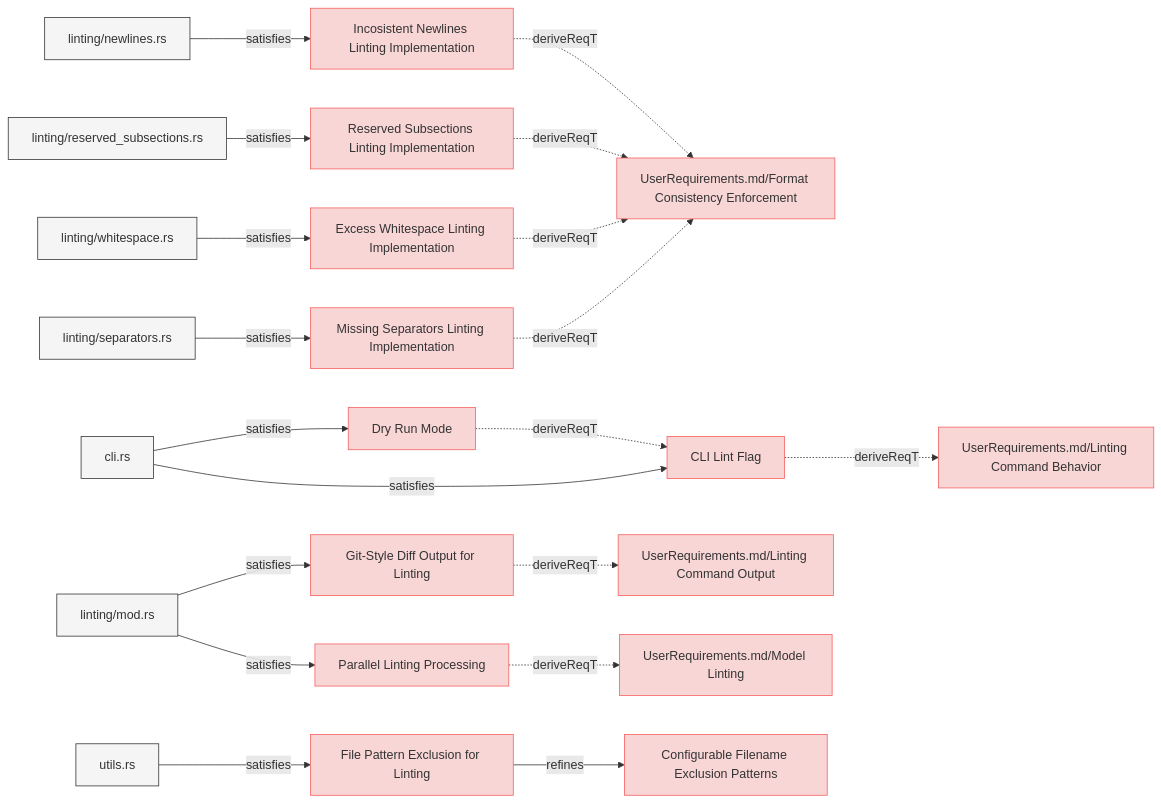
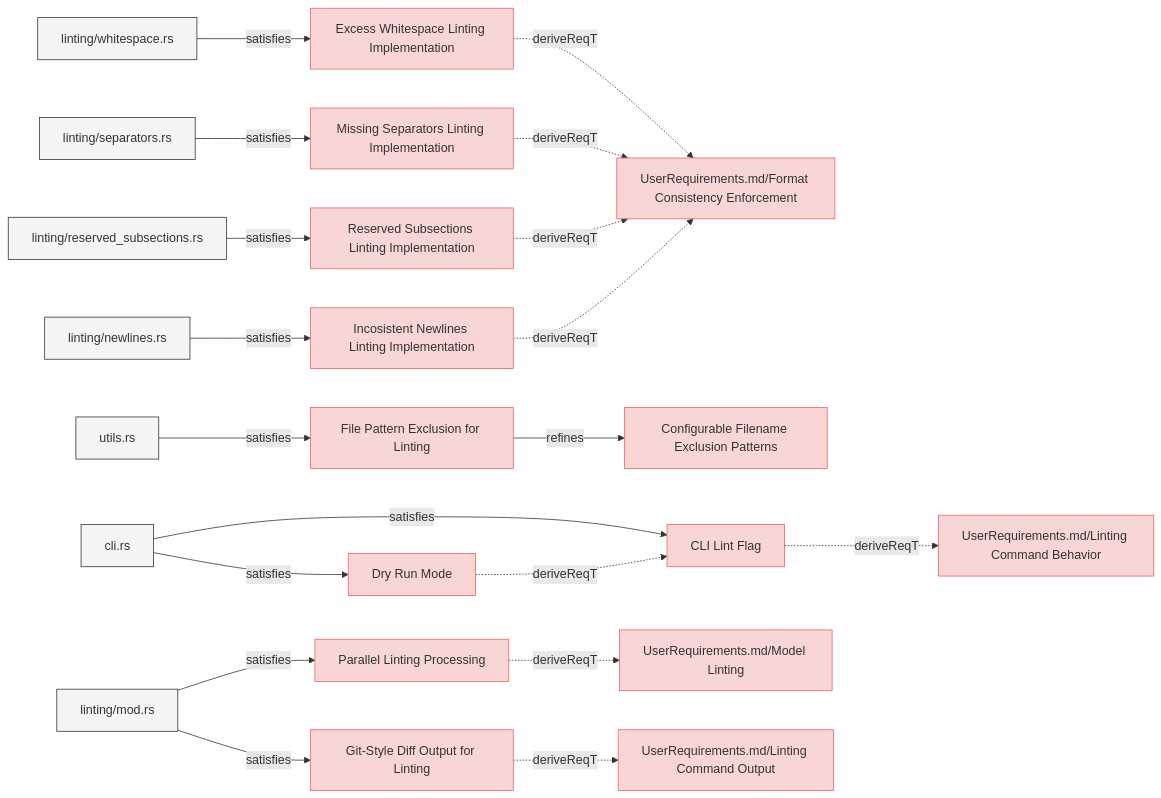
Before and after one commit to reqvire-org/reqvire: the first of 8 diagrams in specifications/SystemRequirements/Requirements.md, drawn with Mermaid. The commit also changed other lines of this file and 56 other files, not shown here.

````diff
--- a/specifications/SystemRequirements/Requirements.md
+++ b/specifications/SystemRequirements/Requirements.md
@@ -9,85 +9,85 @@
   classDef externalLink fill:#d0e0ff,stroke:#3080ff,stroke-width:1px;
   classDef default fill:#f5f5f5,stroke:#333333,stroke-width:1px;
 
-  f98ae394dbbde42c["Incosistent Newlines Linting Implementation"];
-  click f98ae394dbbde42c "https://github.com/ilijaljubicic/ReqFlow/blob/a94231473c9a4a56fe21608ebd13787e0cc3f2dc/specifications/SystemRequirements/Requirements.md#incosistent-newlines-linting-implementation";
-  class f98ae394dbbde42c requirement;
+  3f3d3f9ccb15029a["Excess Whitespace Linting Implementation"];
+  click 3f3d3f9ccb15029a "https://github.com/ilijaljubicic/ReqFlow/blob/29a17f176519a28e973567d4102beb95f41075ed/specifications/SystemRequirements/Requirements.md#excess-whitespace-linting-implementation";
+  class 3f3d3f9ccb15029a requirement;
   81758bdb22a3329d["UserRequirements.md/Format Consistency Enforcement"];
   class 81758bdb22a3329d requirement;
-  click 81758bdb22a3329d "https://github.com/ilijaljubicic/ReqFlow/blob/a94231473c9a4a56fe21608ebd13787e0cc3f2dc/specifications/UserRequirements.md#format-consistency-enforcement";
-  f98ae394dbbde42c -.->|deriveReqT| 81758bdb22a3329d;
-  b52472a7ccc9c395["linting/newlines.rs"];
-  class b52472a7ccc9c395 default;
-  click b52472a7ccc9c395 "https://github.com/ilijaljubicic/ReqFlow/blob/a94231473c9a4a56fe21608ebd13787e0cc3f2dc/core/src/linting/newlines.rs";
-  b52472a7ccc9c395 -->|satisfies| f98ae394dbbde42c;
+  click 81758bdb22a3329d "https://github.com/ilijaljubicic/ReqFlow/blob/29a17f176519a28e973567d4102beb95f41075ed/specifications/UserRequirements.md#format-consistency-enforcement";
+  3f3d3f9ccb15029a -.->|deriveReqT| 81758bdb22a3329d;
+  bb06efd0b85636ec["linting/whitespace.rs"];
+  class bb06efd0b85636ec default;
+  click bb06efd0b85636ec "https://github.com/ilijaljubicic/ReqFlow/blob/29a17f176519a28e973567d4102beb95f41075ed/core/src/linting/whitespace.rs";
+  bb06efd0b85636ec -->|satisfies| 3f3d3f9ccb15029a;
+  45770e9b319d3819["File Pattern Exclusion for Linting"];
+  click 45770e9b319d3819 "https://github.com/ilijaljubicic/ReqFlow/blob/29a17f176519a28e973567d4102beb95f41075ed/specifications/SystemRequirements/Requirements.md#file-pattern-exclusion-for-linting";
+  class 45770e9b319d3819 requirement;
+  cc8128cae305b29d["Configurable Filename Exclusion Patterns"];
+  class cc8128cae305b29d requirement;
+  click cc8128cae305b29d "https://github.com/ilijaljubicic/ReqFlow/blob/29a17f176519a28e973567d4102beb95f41075ed/specifications/SystemRequirements/Requirements.md#configurable-filename-exclusion-patterns";
+  45770e9b319d3819 -->|refines| cc8128cae305b29d;
+  3189923c3f5e2124["utils.rs"];
+  class 3189923c3f5e2124 default;
+  click 3189923c3f5e2124 "https://github.com/ilijaljubicic/ReqFlow/blob/29a17f176519a28e973567d4102beb95f41075ed/core/src/utils.rs";
+  3189923c3f5e2124 -->|satisfies| 45770e9b319d3819;
+  fffbb227966be4f2["CLI Lint Flag"];
+  click fffbb227966be4f2 "https://github.com/ilijaljubicic/ReqFlow/blob/29a17f176519a28e973567d4102beb95f41075ed/specifications/SystemRequirements/Requirements.md#cli-lint-flag";
+  class fffbb227966be4f2 requirement;
+  887a7d36caacab2b["UserRequirements.md/Linting Command Behavior"];
+  class 887a7d36caacab2b requirement;
+  click 887a7d36caacab2b "https://github.com/ilijaljubicic/ReqFlow/blob/29a17f176519a28e973567d4102beb95f41075ed/specifications/UserRequirements.md#linting-command";
+  fffbb227966be4f2 -.->|deriveReqT| 887a7d36caacab2b;
+  11ffc4632afd7c4c["cli.rs"];
+  class 11ffc4632afd7c4c default;
+  click 11ffc4632afd7c4c "https://github.com/ilijaljubicic/ReqFlow/blob/29a17f176519a28e973567d4102beb95f41075ed/cli/src/cli.rs";
+  11ffc4632afd7c4c -->|satisfies| fffbb227966be4f2;
+  66aa36deca421516["Parallel Linting Processing"];
+  click 66aa36deca421516 "https://github.com/ilijaljubicic/ReqFlow/blob/29a17f176519a28e973567d4102beb95f41075ed/specifications/SystemRequirements/Requirements.md#parallel-linting-processing";
+  class 66aa36deca421516 requirement;
+  103ddb8dc3242215["UserRequirements.md/Model Linting"];
+  class 103ddb8dc3242215 requirement;
+  click 103ddb8dc3242215 "https://github.com/ilijaljubicic/ReqFlow/blob/29a17f176519a28e973567d4102beb95f41075ed/specifications/UserRequirements.md#model-linting";
+  66aa36deca421516 -.->|deriveReqT| 103ddb8dc3242215;
+  8b47697e4e9fce62["linting/mod.rs"];
+  class 8b47697e4e9fce62 default;
+  click 8b47697e4e9fce62 "https://github.com/ilijaljubicic/ReqFlow/blob/29a17f176519a28e973567d4102beb95f41075ed/core/src/linting/mod.rs";
+  8b47697e4e9fce62 -->|satisfies| 66aa36deca421516;
+  dd0846393d037337["Missing Separators Linting Implementation"];
+  click dd0846393d037337 "https://github.com/ilijaljubicic/ReqFlow/blob/29a17f176519a28e973567d4102beb95f41075ed/specifications/SystemRequirements/Requirements.md#missing-separators-linting-implementation";
+  class dd0846393d037337 requirement;
+  dd0846393d037337 -.->|deriveReqT| 81758bdb22a3329d;
+  9abe404e42ed3086["linting/separators.rs"];
+  class 9abe404e42ed3086 default;
+  click 9abe404e42ed3086 "https://github.com/ilijaljubicic/ReqFlow/blob/29a17f176519a28e973567d4102beb95f41075ed/core/src/linting/separators.rs";
+  9abe404e42ed3086 -->|satisfies| dd0846393d037337;
+  8f2198f681f63fea["Dry Run Mode"];
+  click 8f2198f681f63fea "https://github.com/ilijaljubicic/ReqFlow/blob/29a17f176519a28e973567d4102beb95f41075ed/specifications/SystemRequirements/Requirements.md#dry-run-mode";
+  class 8f2198f681f63fea requirement;
+  8f2198f681f63fea -.->|deriveReqT| fffbb227966be4f2;
+  11ffc4632afd7c4c -->|satisfies| 8f2198f681f63fea;
+  63f1cd4974cbf62["Git-Style Diff Output for Linting"];
+  click 63f1cd4974cbf62 "https://github.com/ilijaljubicic/ReqFlow/blob/29a17f176519a28e973567d4102beb95f41075ed/specifications/SystemRequirements/Requirements.md#git-style-diff-output-for-linting";
+  class 63f1cd4974cbf62 requirement;
+  808b1863c88b26c4["UserRequirements.md/Linting Command Output"];
+  class 808b1863c88b26c4 requirement;
+  click 808b1863c88b26c4 "https://github.com/ilijaljubicic/ReqFlow/blob/29a17f176519a28e973567d4102beb95f41075ed/specifications/UserRequirements.md#linting-command-output";
+  63f1cd4974cbf62 -.->|deriveReqT| 808b1863c88b26c4;
+  8b47697e4e9fce62 -->|satisfies| 63f1cd4974cbf62;
   193cd6463891423e["Reserved Subsections Linting Implementation"];
-  click 193cd6463891423e "https://github.com/ilijaljubicic/ReqFlow/blob/a94231473c9a4a56fe21608ebd13787e0cc3f2dc/specifications/SystemRequirements/Requirements.md#reserved-subsections-linting-implementation";
+  click 193cd6463891423e "https://github.com/ilijaljubicic/ReqFlow/blob/29a17f176519a28e973567d4102beb95f41075ed/specifications/SystemRequirements/Requirements.md#reserved-subsections-linting-implementation";
   class 193cd6463891423e requirement;
   193cd6463891423e -.->|deriveReqT| 81758bdb22a3329d;
   3aaafb0eaf60961c["linting/reserved_subsections.rs"];
   class 3aaafb0eaf60961c default;
-  click 3aaafb0eaf60961c "https://github.com/ilijaljubicic/ReqFlow/blob/a94231473c9a4a56fe21608ebd13787e0cc3f2dc/core/src/linting/indentation.rs";
+  click 3aaafb0eaf60961c "https://github.com/ilijaljubicic/ReqFlow/blob/29a17f176519a28e973567d4102beb95f41075ed/core/src/linting/indentation.rs";
   3aaafb0eaf60961c -->|satisfies| 193cd6463891423e;
-  63f1cd4974cbf62["Git-Style Diff Output for Linting"];
-  click 63f1cd4974cbf62 "https://github.com/ilijaljubicic/ReqFlow/blob/a94231473c9a4a56fe21608ebd13787e0cc3f2dc/specifications/SystemRequirements/Requirements.md#git-style-diff-output-for-linting";
-  class 63f1cd4974cbf62 requirement;
-  808b1863c88b26c4["UserRequirements.md/Linting Command Output"];
-  class 808b1863c88b26c4 requirement;
-  click 808b1863c88b26c4 "https://github.com/ilijaljubicic/ReqFlow/blob/a94231473c9a4a56fe21608ebd13787e0cc3f2dc/specifications/UserRequirements.md#linting-command-output";
-  63f1cd4974cbf62 -.->|deriveReqT| 808b1863c88b26c4;
-  8b47697e4e9fce62["linting/mod.rs"];
-  class 8b47697e4e9fce62 default;
-  click 8b47697e4e9fce62 "https://github.com/ilijaljubicic/ReqFlow/blob/a94231473c9a4a56fe21608ebd13787e0cc3f2dc/core/src/linting/mod.rs";
-  8b47697e4e9fce62 -->|satisfies| 63f1cd4974cbf62;
-  8f2198f681f63fea["Dry Run Mode"];
-  click 8f2198f681f63fea "https://github.com/ilijaljubicic/ReqFlow/blob/a94231473c9a4a56fe21608ebd13787e0cc3f2dc/specifications/SystemRequirements/Requirements.md#dry-run-mode";
-  class 8f2198f681f63fea requirement;
-  fffbb227966be4f2["CLI Lint Flag"];
-  class fffbb227966be4f2 requirement;
-  click fffbb227966be4f2 "https://github.com/ilijaljubicic/ReqFlow/blob/a94231473c9a4a56fe21608ebd13787e0cc3f2dc/specifications/SystemRequirements/Requirements.md#cli-lint-flag";
-  8f2198f681f63fea -.->|deriveReqT| fffbb227966be4f2;
-  11ffc4632afd7c4c["cli.rs"];
-  class 11ffc4632afd7c4c default;
-  click 11ffc4632afd7c4c "https://github.com/ilijaljubicic/ReqFlow/blob/a94231473c9a4a56fe21608ebd13787e0cc3f2dc/cli/src/cli.rs";
-  11ffc4632afd7c4c -->|satisfies| 8f2198f681f63fea;
-  45770e9b319d3819["File Pattern Exclusion for Linting"];
-  click 45770e9b319d3819 "https://github.com/ilijaljubicic/ReqFlow/blob/a94231473c9a4a56fe21608ebd13787e0cc3f2dc/specifications/SystemRequirements/Requirements.md#file-pattern-exclusion-for-linting";
-  class 45770e9b319d3819 requirement;
-  cc8128cae305b29d["Configurable Filename Exclusion Patterns"];
-  class cc8128cae305b29d requirement;
-  click cc8128cae305b29d "https://github.com/ilijaljubicic/ReqFlow/blob/a94231473c9a4a56fe21608ebd13787e0cc3f2dc/specifications/SystemRequirements/Requirements.md#configurable-filename-exclusion-patterns";
-  45770e9b319d3819 -->|refines| cc8128cae305b29d;
-  3189923c3f5e2124["utils.rs"];
-  class 3189923c3f5e2124 default;
-  click 3189923c3f5e2124 "https://github.com/ilijaljubicic/ReqFlow/blob/a94231473c9a4a56fe21608ebd13787e0cc3f2dc/core/src/utils.rs";
-  3189923c3f5e2124 -->|satisfies| 45770e9b319d3819;
-  66aa36deca421516["Parallel Linting Processing"];
-  click 66aa36deca421516 "https://github.com/ilijaljubicic/ReqFlow/blob/a94231473c9a4a56fe21608ebd13787e0cc3f2dc/specifications/SystemRequirements/Requirements.md#parallel-linting-processing";
-  class 66aa36deca421516 requirement;
-  103ddb8dc3242215["UserRequirements.md/Model Linting"];
-  class 103ddb8dc3242215 requirement;
-  click 103ddb8dc3242215 "https://github.com/ilijaljubicic/ReqFlow/blob/a94231473c9a4a56fe21608ebd13787e0cc3f2dc/specifications/UserRequirements.md#model-linting";
-  66aa36deca421516 -.->|deriveReqT| 103ddb8dc3242215;
-  8b47697e4e9fce62 -->|satisfies| 66aa36deca421516;
-  3f3d3f9ccb15029a["Excess Whitespace Linting Implementation"];
-  click 3f3d3f9ccb15029a "https://github.com/ilijaljubicic/ReqFlow/blob/a94231473c9a4a56fe21608ebd13787e0cc3f2dc/specifications/SystemRequirements/Requirements.md#excess-whitespace-linting-implementation";
-  class 3f3d3f9ccb15029a requirement;
-  3f3d3f9ccb15029a -.->|deriveReqT| 81758bdb22a3329d;
-  bb06efd0b85636ec["linting/whitespace.rs"];
-  class bb06efd0b85636ec default;
-  click bb06efd0b85636ec "https://github.com/ilijaljubicic/ReqFlow/blob/a94231473c9a4a56fe21608ebd13787e0cc3f2dc/core/src/linting/whitespace.rs";
-  bb06efd0b85636ec -->|satisfies| 3f3d3f9ccb15029a;
-  887a7d36caacab2b["UserRequirements.md/Linting Command Behavior"];
-  class 887a7d36caacab2b requirement;
-  click 887a7d36caacab2b "https://github.com/ilijaljubicic/ReqFlow/blob/a94231473c9a4a56fe21608ebd13787e0cc3f2dc/specifications/UserRequirements.md#linting-command";
-  fffbb227966be4f2 -.->|deriveReqT| 887a7d36caacab2b;
-  11ffc4632afd7c4c -->|satisfies| fffbb227966be4f2;
-  dd0846393d037337["Missing Separators Linting Implementation"];
-  click dd0846393d037337 "https://github.com/ilijaljubicic/ReqFlow/blob/a94231473c9a4a56fe21608ebd13787e0cc3f2dc/specifications/SystemRequirements/Requirements.md#missing-separators-linting-implementation";
-  class dd0846393d037337 requirement;
-  dd0846393d037337 -.->|deriveReqT| 81758bdb22a3329d;
-  9abe404e42ed3086["linting/separators.rs"];
-  class 9abe404e42ed3086 default;
-  click 9abe404e42ed3086 "https://github.com/ilijaljubicic/ReqFlow/blob/a94231473c9a4a56fe21608ebd13787e0cc3f2dc/core/src/linting/separators.rs";
-  9abe404e42ed3086 -->|satisfies| dd0846393d037337;
+  f98ae394dbbde42c["Incosistent Newlines Linting Implementation"];
+  click f98ae394dbbde42c "https://github.com/ilijaljubicic/ReqFlow/blob/29a17f176519a28e973567d4102beb95f41075ed/specifications/SystemRequirements/Requirements.md#incosistent-newlines-linting-implementation";
+  class f98ae394dbbde42c requirement;
+  f98ae394dbbde42c -.->|deriveReqT| 81758bdb22a3329d;
+  b52472a7ccc9c395["linting/newlines.rs"];
+  class b52472a7ccc9c395 default;
+  click b52472a7ccc9c395 "https://github.com/ilijaljubicic/ReqFlow/blob/29a17f176519a28e973567d4102beb95f41075ed/core/src/linting/newlines.rs";
+  b52472a7ccc9c395 -->|satisfies| f98ae394dbbde42c;
 ```
````
